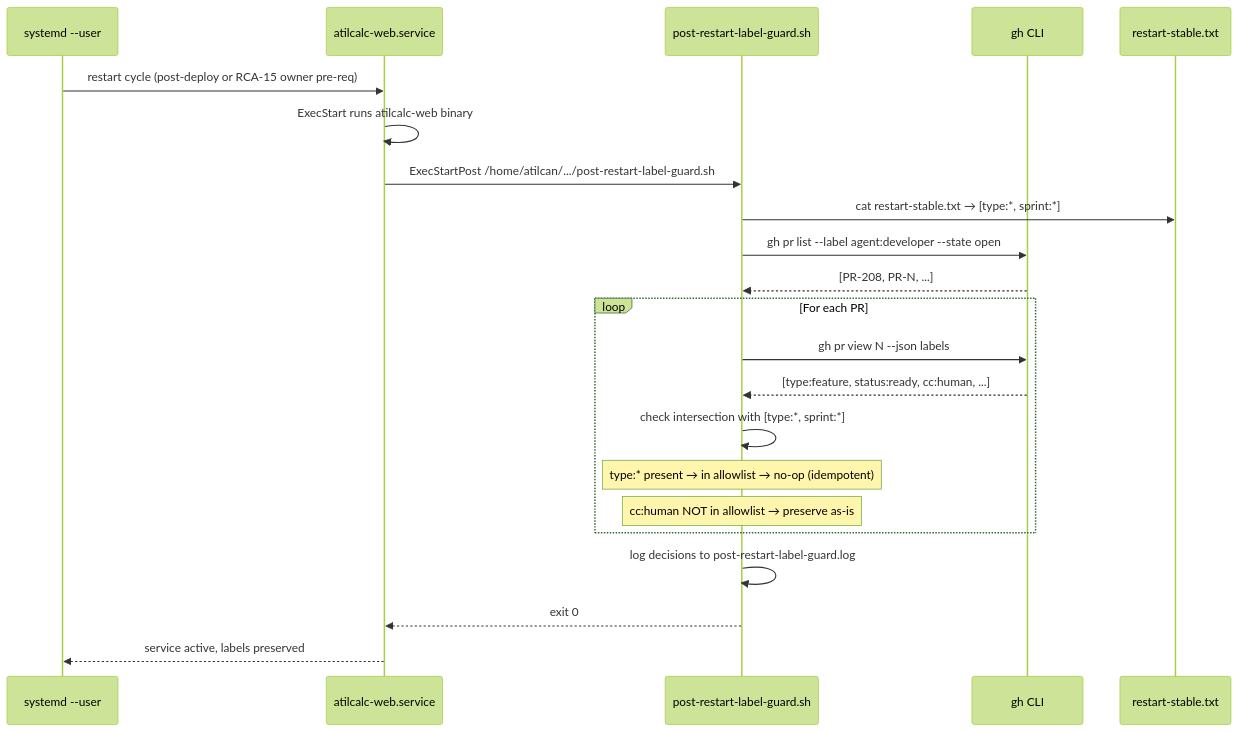
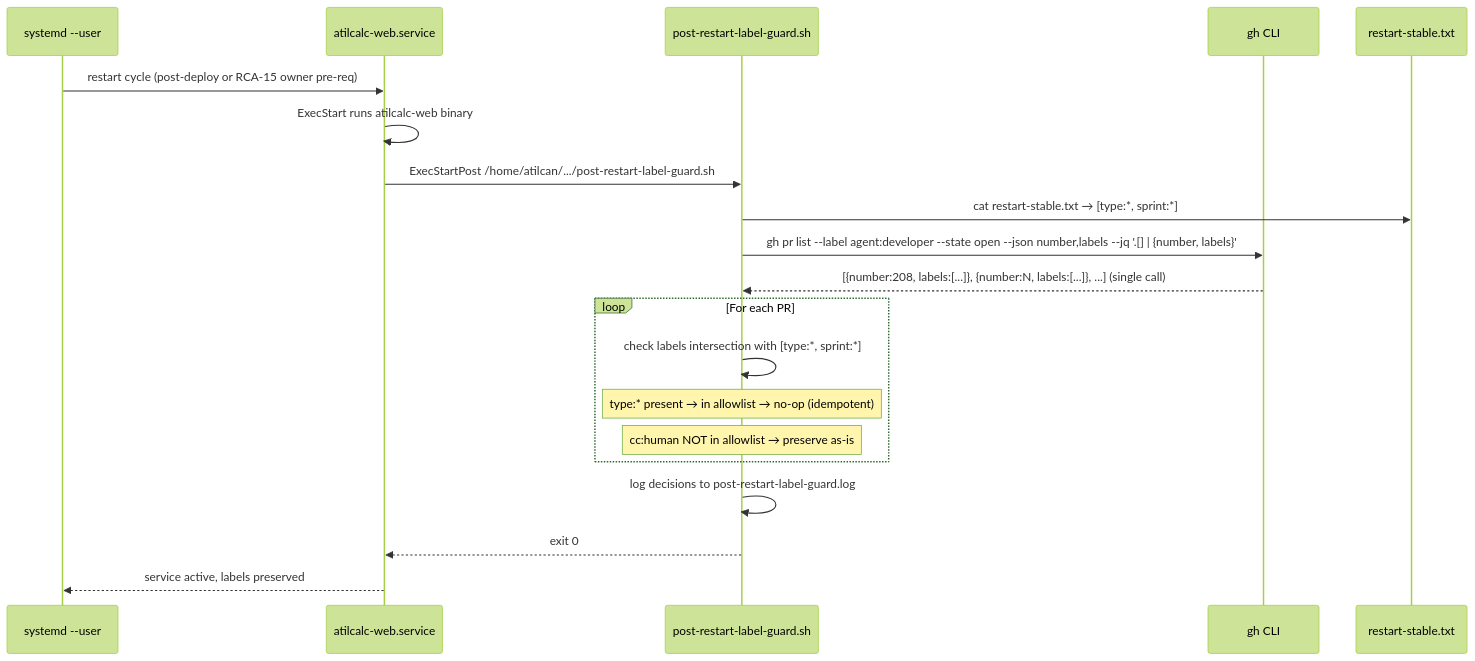
The second of 2 diagrams in docs/designs/STORY-AUTO-REVERT-FIX-design.md (atilcan65/AtilCalculator), drawn with Mermaid (forest theme) before and after one commit. The commit also changed other lines of this file, not shown here.

First line of the commit message:
docs(design): Sprint 4 P0 AUTO-REVERT-FIX v2 — test ID d020→d023 (CHANGES REQUESTED resolved)

````diff
--- a/docs/designs/STORY-AUTO-REVERT-FIX-design.md
+++ b/docs/designs/STORY-AUTO-REVERT-FIX-design.md
@@ -114,25 +117,23 @@
 ```mermaid
 sequenceDiagram
     participant Systemd as systemd --user
     participant Unit as atilcalc-web.service
     participant Hook as post-restart-label-guard.sh
     participant GhCLI as gh CLI
     participant Allow as restart-stable.txt
 
     Systemd->>Unit: restart cycle (post-deploy or RCA-15 owner pre-req)
     Unit->>Unit: ExecStart runs atilcalc-web binary
     Unit->>Hook: ExecStartPost /home/atilcan/.../post-restart-label-guard.sh
     Hook->>Allow: cat restart-stable.txt → [type:*, sprint:*]
-    Hook->>GhCLI: gh pr list --label agent:developer --state open
-    GhCLI-->>Hook: [PR-208, PR-N, ...]
+    Hook->>GhCLI: gh pr list --label agent:developer --state open --json number,labels --jq '.[] | {number, labels}'
+    GhCLI-->>Hook: [{number:208, labels:[...]}, {number:N, labels:[...]}, ...] (single call)
     loop For each PR
-        Hook->>GhCLI: gh pr view N --json labels
-        GhCLI-->>Hook: [type:feature, status:ready, cc:human, ...]
-        Hook->>Hook: check intersection with [type:*, sprint:*]
+        Hook->>Hook: check labels intersection with [type:*, sprint:*]
         Note over Hook: type:* present → in allowlist → no-op (idempotent)
         Note over Hook: cc:human NOT in allowlist → preserve as-is
     end
     Hook->>Hook: log decisions to post-restart-label-guard.log
     Hook-->>Unit: exit 0
     Unit-->>Systemd: service active, labels preserved
 ```
````
